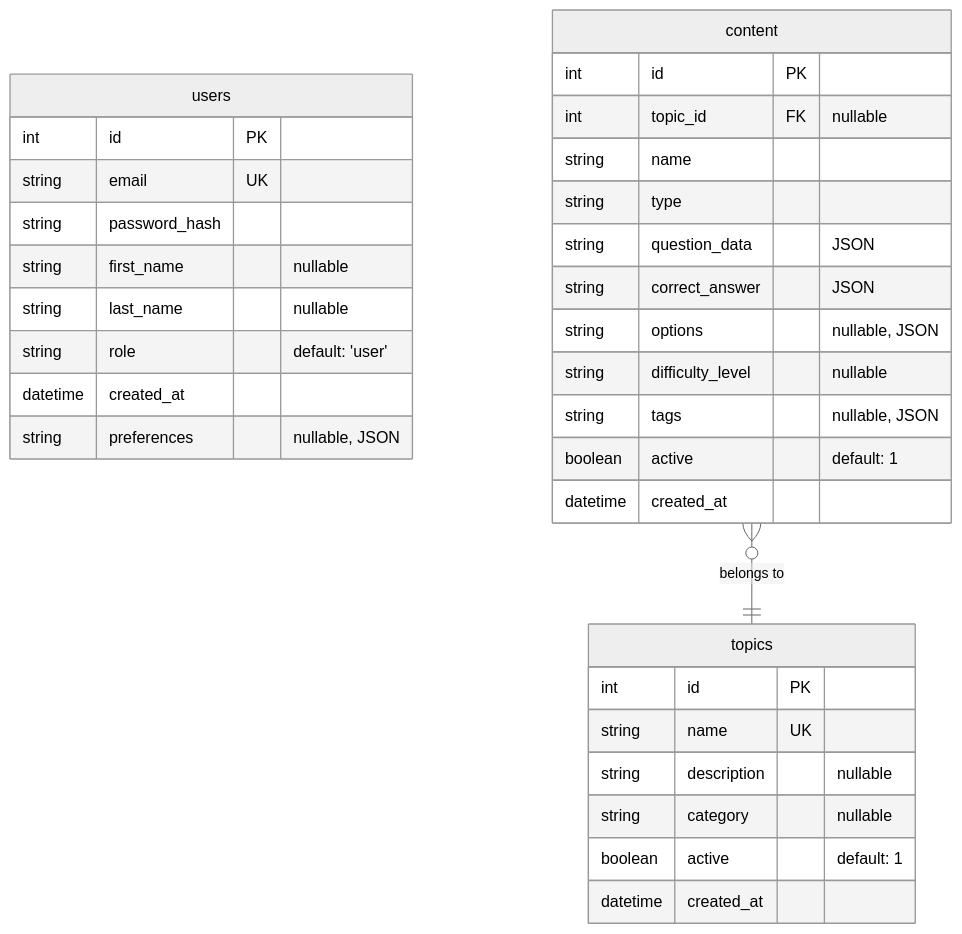
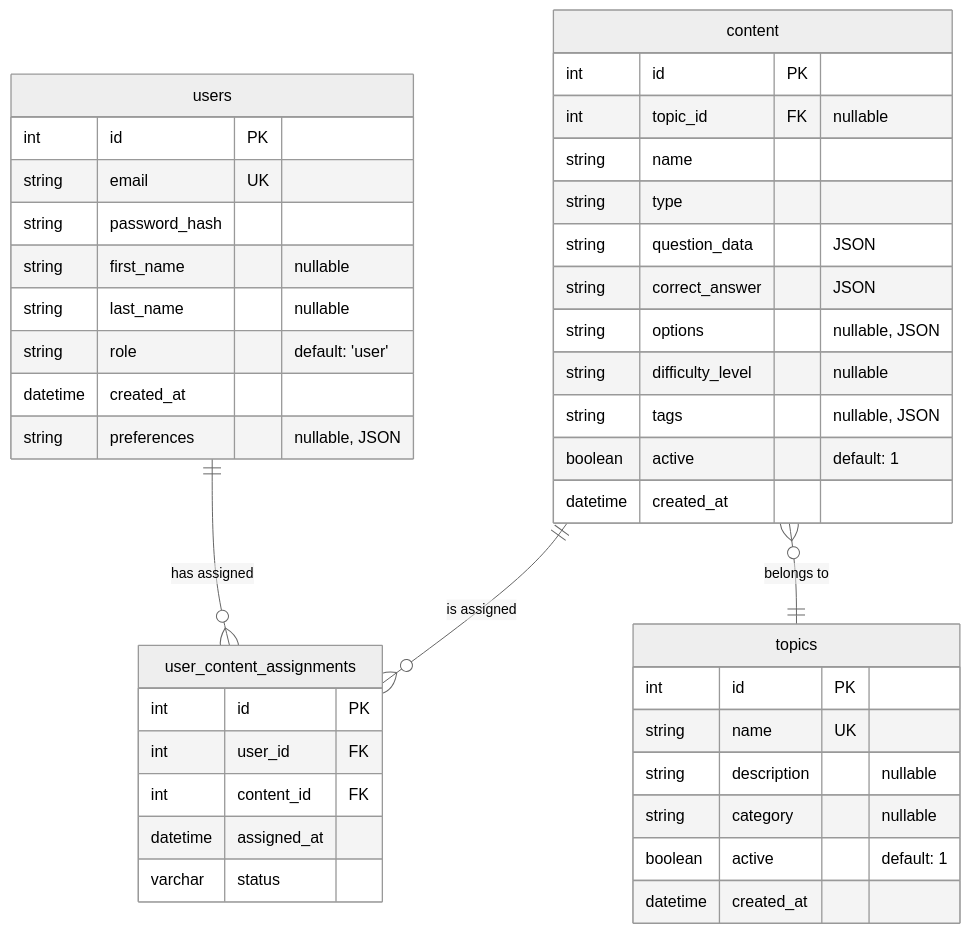
One commit to niklas-joh/french-learning-platform changed the diagram in docs/development_docs/database_schema.mermaid. Above: the diagram before and after it, drawn with Mermaid (neutral theme). The commit also changed 13 other files, not shown here.

```diff
--- a/docs/development_docs/database_schema.mermaid
+++ b/docs/development_docs/database_schema.mermaid
@@ -1,36 +1,46 @@
 erDiagram
     users {
         int id PK
         string email UK
         string password_hash
         string first_name "nullable"
         string last_name "nullable"
         string role "default: 'user'"
         datetime created_at
         string preferences "nullable, JSON"
     }
 
     topics {
         int id PK
         string name UK
         string description "nullable"
         string category "nullable"
         boolean active "default: 1"
         datetime created_at
     }
 
     content {
         int id PK
         int topic_id FK "nullable"
         string name
         string type
         string question_data "JSON"
         string correct_answer "JSON"
         string options "nullable, JSON"
         string difficulty_level "nullable"
         string tags "nullable, JSON"
         boolean active "default: 1"
         datetime created_at
     }
 
+    user_content_assignments {
+        int id PK
+        int user_id FK
+        int content_id FK
+        datetime assigned_at
+        varchar status
+    }
+
     content }o--|| topics : "belongs to"
+    users ||--o{ user_content_assignments : "has assigned"
+    content ||--o{ user_content_assignments : "is assigned"
```
